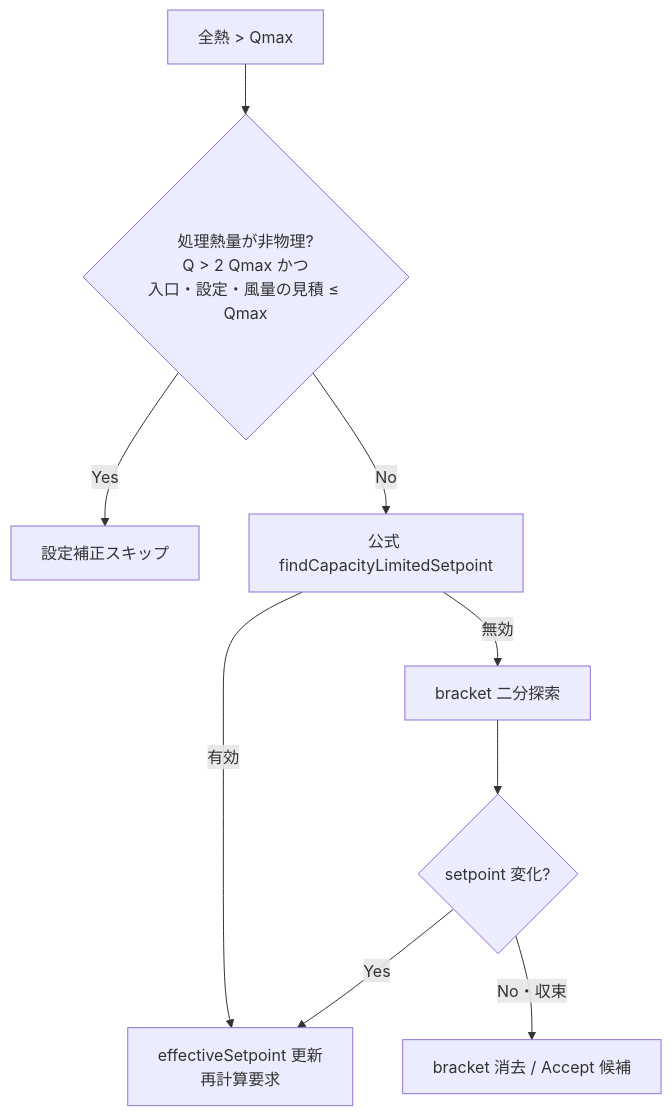
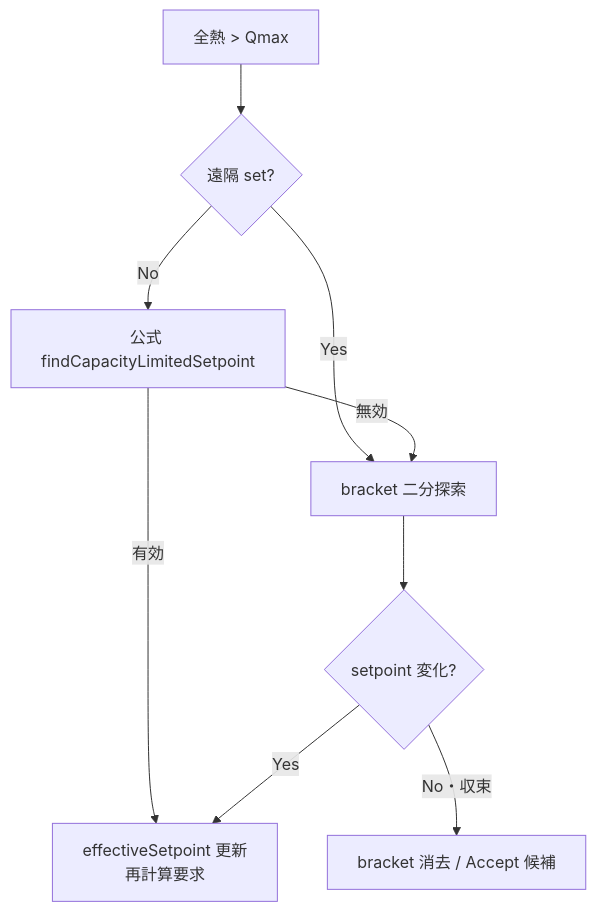
Before and after one commit to iguchi-lab/vtsimnx: the fifth of 5 diagrams in engine/docs/aircon_control_overview.md, drawn with Mermaid. The commit also changed other lines of this file and 5 other files, not shown here.

````diff
--- a/engine/docs/aircon_control_overview.md
+++ b/engine/docs/aircon_control_overview.md
@@ -387,11 +382,11 @@
 ```mermaid
 flowchart TD
-    OVER["全熱 > Qmax"] --> U{"処理熱量が非物理?<br/>Q > 2 Qmax かつ<br/>入口・設定・風量の見積 ≤ Qmax"}
-    U -->|Yes| SKIP["設定補正スキップ"]
+    OVER["全熱 > Qmax"] --> U{"遠隔 set?"}
+    U -->|Yes| BR["bracket 二分探索"]
     U -->|No| F["公式 findCapacityLimitedSetpoint"]
     F -->|有効| APPLY["effectiveSetpoint 更新<br/>再計算要求"]
     F -->|無効| BR["bracket 二分探索"]
     BR --> CH{"setpoint 変化?"}
     CH -->|Yes| APPLY
     CH -->|No・収束| DONE["bracket 消去 / Accept 候補"]
 ```
````
